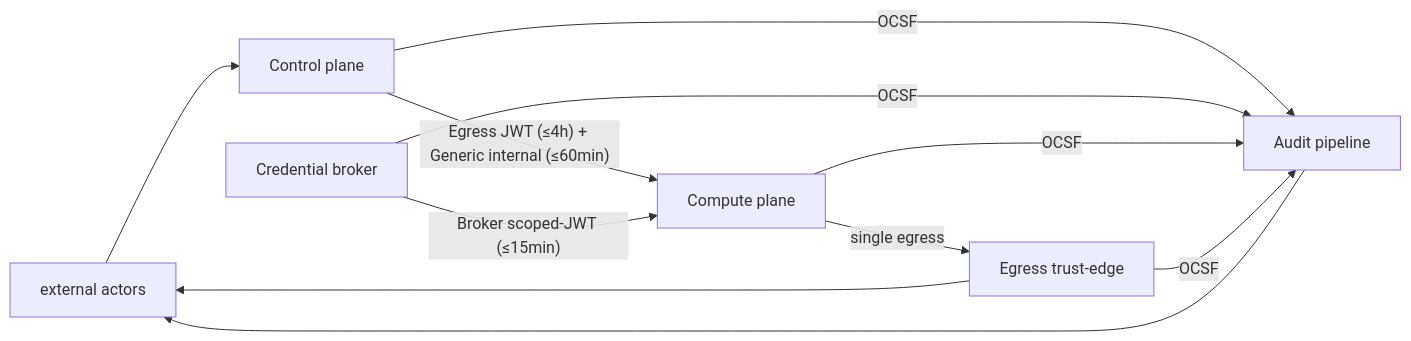
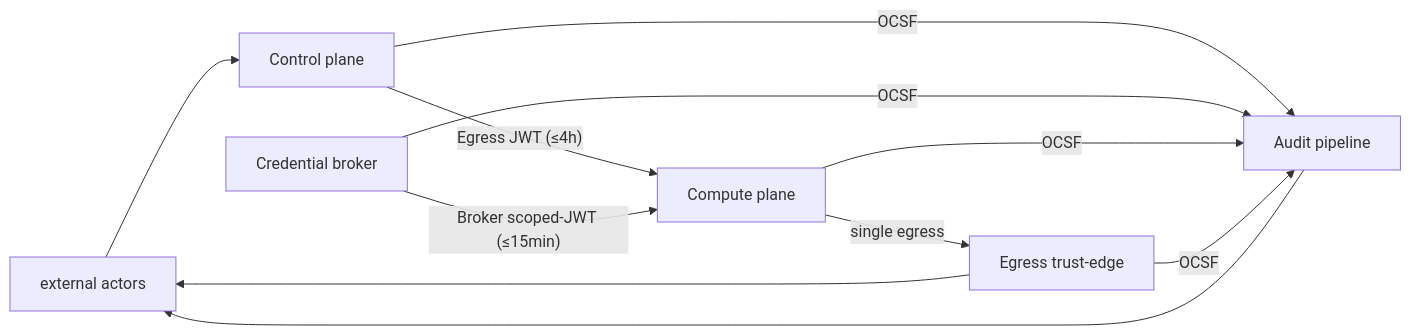
The diagram in docs/architecture/02-trust-boundaries.md (Wide-Moat/open-computer-use), drawn with Mermaid before and after one commit. The commit also changed other lines of this file, not shown here.

First line of the commit message:
docs(architecture): Layer 3 — close peer-review findings M1 / M2 / M3 / m6

````diff
--- a/docs/architecture/02-trust-boundaries.md
+++ b/docs/architecture/02-trust-boundaries.md
@@ -68,16 +76,16 @@
 ```mermaid
 flowchart LR
     EXT[external actors]
     CP[Control plane]
     BR[Credential broker]
     VM[Compute plane]
     EDGE[Egress trust-edge]
     AUDIT[Audit pipeline]
     EXT --> CP
-    CP -- "Egress JWT (≤4h) + Generic internal (≤60min)" --> VM
+    CP -- "Egress JWT (≤4h)" --> VM
     BR -- "Broker scoped-JWT (≤15min)" --> VM
     VM -- "single egress" --> EDGE
     EDGE --> EXT
     CP & BR & VM & EDGE -- "OCSF" --> AUDIT
     AUDIT --> EXT
 ```
````
